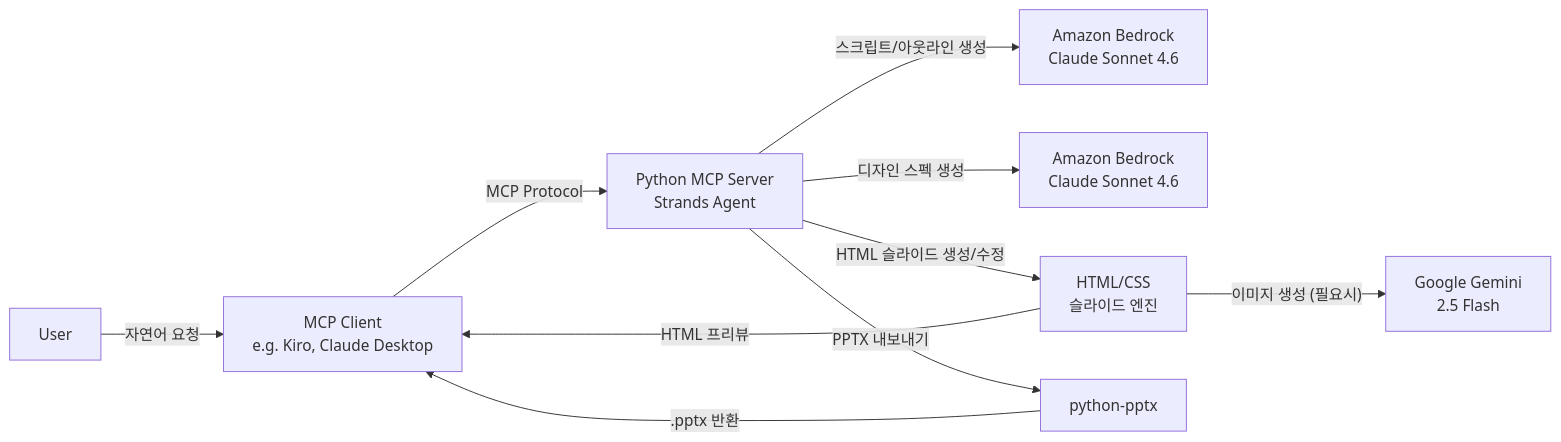
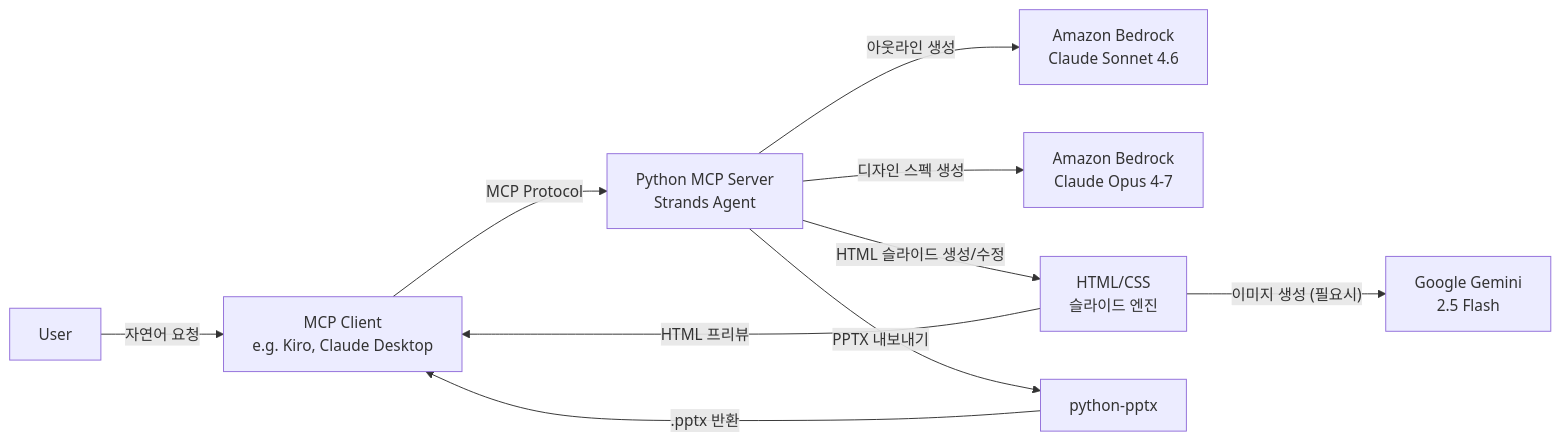
One commit to haandol/ppt-generator changed the first of 3 diagrams in docs/ppt-generator.alps.md. Above: the diagram before and after it, drawn with Mermaid. The commit also changed other lines of this file and 20 other files, not shown here.

First line of the commit message:
refactor: 디자인 스펙 모델을 Opus 4-7 adaptive thinking으로 전환

````diff
--- a/docs/ppt-generator.alps.md
+++ b/docs/ppt-generator.alps.md
@@ -103,12 +103,12 @@
 ```mermaid
 flowchart LR
     User -- "자연어 요청" --> MCPClient[MCP Client\ne.g. Kiro, Claude Desktop]
     MCPClient -- "MCP Protocol" --> MCPServer[Python MCP Server\nStrands Agent]
-    MCPServer -- "스크립트/아웃라인 생성" --> Bedrock[Amazon Bedrock\nClaude Sonnet 4.6]
-    MCPServer -- "디자인 스펙 생성" --> BedrockSonnet2[Amazon Bedrock\nClaude Sonnet 4.6]
+    MCPServer -- "아웃라인 생성" --> Bedrock[Amazon Bedrock\nClaude Sonnet 4.6]
+    MCPServer -- "디자인 스펙 생성" --> BedrockOpus[Amazon Bedrock\nClaude Opus 4-7]
     MCPServer -- "HTML 슬라이드 생성/수정" --> HTMLEngine[HTML/CSS\n슬라이드 엔진]
     HTMLEngine -- "이미지 생성 (필요시)" --> Gemini[Google Gemini\n2.5 Flash]
     MCPServer -- "PPTX 내보내기" --> PythonPptx[python-pptx]
     HTMLEngine -- "HTML 프리뷰" --> MCPClient
     PythonPptx -- ".pptx 반환" --> MCPClient
 ```
````
